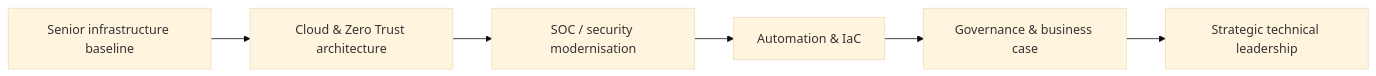
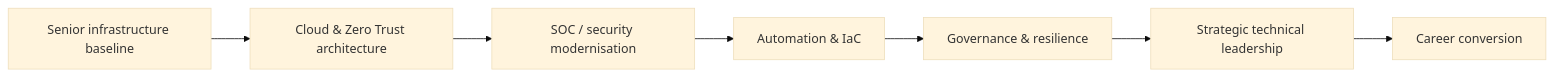
One commit to skunkworks-academy/ds changed the diagram in docs/pathway.md. Above: the diagram before and after it, drawn with Mermaid (base theme). The commit also changed other lines of this file and 23 other files, not shown here.

````diff
--- a/docs/pathway.md
+++ b/docs/pathway.md
@@ -23,8 +46,9 @@
 ```mermaid
 flowchart LR
 A[Senior infrastructure baseline] --> B[Cloud & Zero Trust architecture]
 B --> C[SOC / security modernisation]
 C --> D[Automation & IaC]
-D --> E[Governance & business case]
+D --> E[Governance & resilience]
 E --> F[Strategic technical leadership]
+F --> G[Career conversion]
 ```
````
